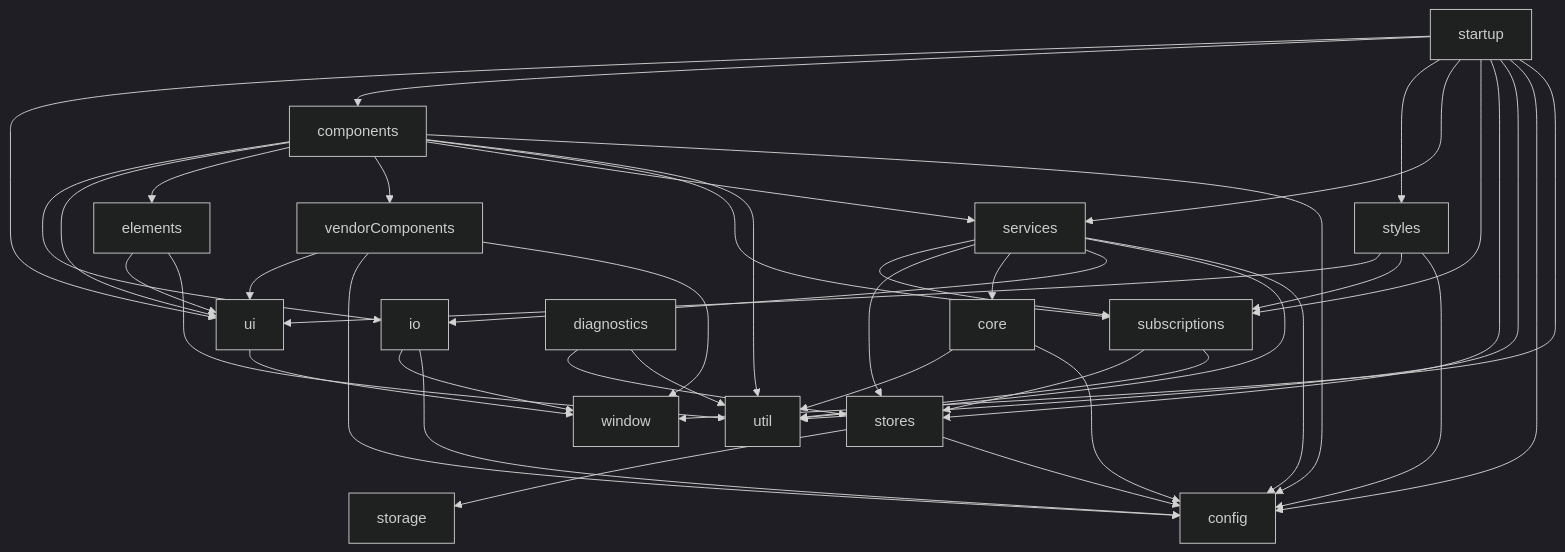
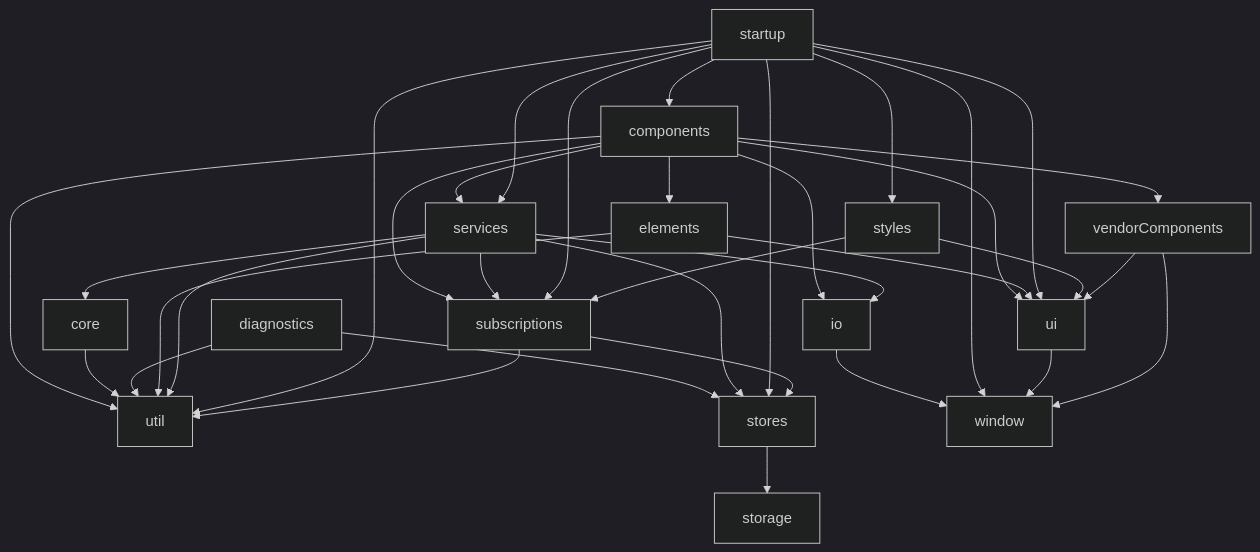
One commit to mattriley/node-module-composer changed the fifth of 5 diagrams in README.md. Above: the diagram before and after it, drawn with Mermaid (dark theme). The commit also changed other lines of this file and 6 other files, not shown here.

````diff
--- a/README.md
+++ b/README.md
@@ -522,45 +523,37 @@
 ```mermaid
 graph TD;
     components-->io;
     components-->ui;
     components-->elements;
     components-->vendorComponents;
     components-->services;
     components-->subscriptions;
     components-->util;
-    components-->config;
     core-->util;
-    core-->config;
     diagnostics-->stores;
     diagnostics-->util;
     elements-->ui;
     elements-->util;
     io-->window;
-    io-->config;
     services-->subscriptions;
     services-->stores;
     services-->core;
     services-->io;
     services-->util;
-    services-->config;
     startup-->ui;
     startup-->components;
     startup-->styles;
     startup-->services;
     startup-->subscriptions;
     startup-->stores;
     startup-->util;
-    startup-->config;
     startup-->window;
     stores-->storage;
-    stores-->config;
     styles-->ui;
     styles-->subscriptions;
-    styles-->config;
     subscriptions-->stores;
     subscriptions-->util;
     ui-->window;
     vendorComponents-->ui;
-    vendorComponents-->config;
     vendorComponents-->window;
 ```
````
